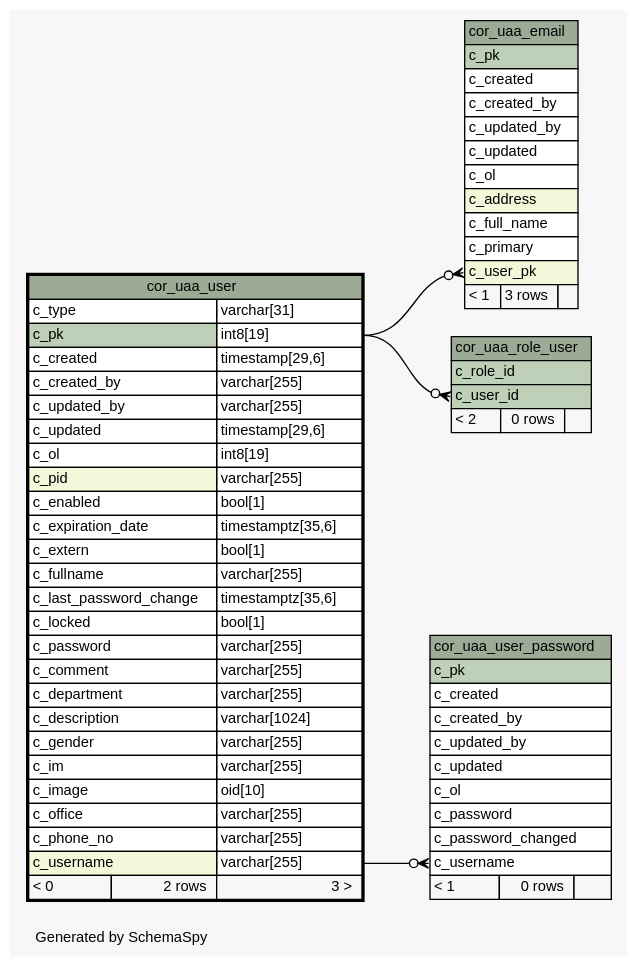
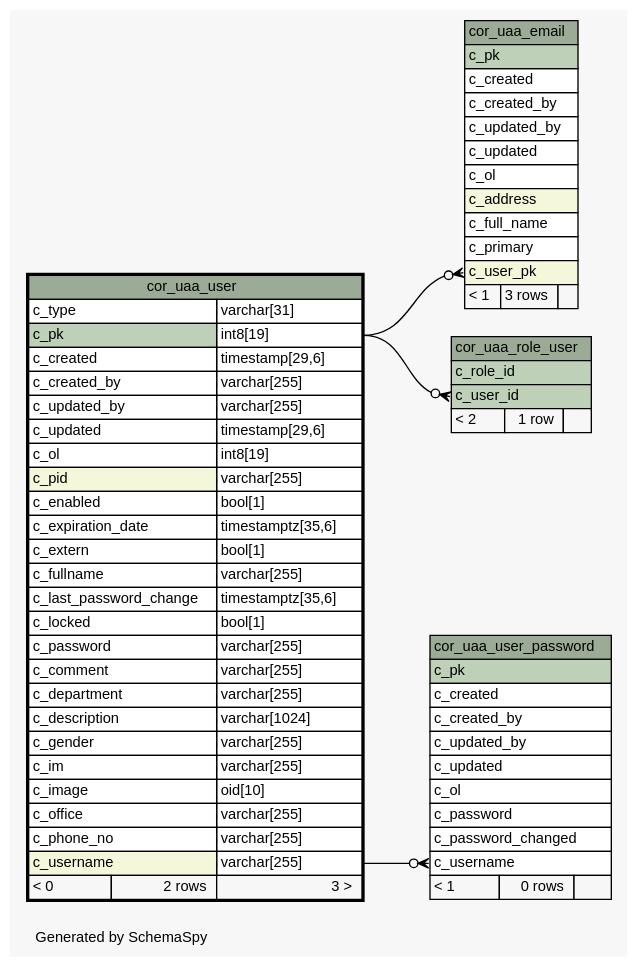
Before and after one commit to openwms/org.openwms.core.uaa.lib: the diagram in 2.0.0-SNAPSHOT/schemaspy/diagrams/cor_uaa_user.1degree.dot, drawn with Graphviz. The commit also changed 238 other files, not shown here.

```diff
--- a/2.0.0-SNAPSHOT/schemaspy/diagrams/cor_uaa_user.1degree.dot
+++ b/2.0.0-SNAPSHOT/schemaspy/diagrams/cor_uaa_user.1degree.dot
@@ -1,106 +1,106 @@
-// dot 2.43.0 on Linux 6.8.0-1014-azure
+// dot 2.43.0 on Linux 6.8.0-1017-azure
 // SchemaSpy rev Unknown
 digraph "oneDegreeRelationshipsDiagram" {
   graph [
     rankdir="RL"
     bgcolor="#f7f7f7"
     label="\nGenerated by SchemaSpy"
     labeljust="l"
     nodesep="0.18"
     ranksep="0.46"
     fontname="Helvetica"
     fontsize="11"
   ];
   node [
     fontname="Helvetica"
     fontsize="11"
     shape="plaintext"
   ];
   edge [
     arrowsize="0.8"
   ];
   "cor_uaa_email":"c_user_pk":w -> "cor_uaa_user":"c_pk.type":e [arrowhead=none dir=back arrowtail=crowodot];
   "cor_uaa_role_user":"c_user_id":w -> "cor_uaa_user":"c_pk.type":e [arrowhead=none dir=back arrowtail=crowodot];
   "cor_uaa_user_password":"c_username":w -> "cor_uaa_user":"c_username.type":e [arrowhead=none dir=back arrowtail=crowodot];
   "cor_uaa_email" [
     label=<
     <TABLE BORDER="0" CELLBORDER="1" CELLSPACING="0" BGCOLOR="#ffffff">
       <TR><TD COLSPAN="3" BGCOLOR="#9bab96" ALIGN="CENTER">cor_uaa_email</TD></TR>
       <TR><TD PORT="c_pk" COLSPAN="3" BGCOLOR="#bed1b8" ALIGN="LEFT">c_pk</TD></TR>
       <TR><TD PORT="c_created" COLSPAN="3" ALIGN="LEFT">c_created</TD></TR>
       <TR><TD PORT="c_created_by" COLSPAN="3" ALIGN="LEFT">c_created_by</TD></TR>
       <TR><TD PORT="c_updated_by" COLSPAN="3" ALIGN="LEFT">c_updated_by</TD></TR>
       <TR><TD PORT="c_updated" COLSPAN="3" ALIGN="LEFT">c_updated</TD></TR>
       <TR><TD PORT="c_ol" COLSPAN="3" ALIGN="LEFT">c_ol</TD></TR>
       <TR><TD PORT="c_address" COLSPAN="3" BGCOLOR="#f4f7da" ALIGN="LEFT">c_address</TD></TR>
       <TR><TD PORT="c_full_name" COLSPAN="3" ALIGN="LEFT">c_full_name</TD></TR>
       <TR><TD PORT="c_primary" COLSPAN="3" ALIGN="LEFT">c_primary</TD></TR>
       <TR><TD PORT="c_user_pk" COLSPAN="3" BGCOLOR="#f4f7da" ALIGN="LEFT">c_user_pk</TD></TR>
       <TR><TD ALIGN="LEFT" BGCOLOR="#f7f7f7">&lt; 1</TD><TD ALIGN="RIGHT" BGCOLOR="#f7f7f7">3 rows</TD><TD ALIGN="RIGHT" BGCOLOR="#f7f7f7">  </TD></TR>
     </TABLE>>
     URL="cor_uaa_email.html"
     tooltip="cor_uaa_email"
   ];
   "cor_uaa_role_user" [
     label=<
     <TABLE BORDER="0" CELLBORDER="1" CELLSPACING="0" BGCOLOR="#ffffff">
       <TR><TD COLSPAN="3" BGCOLOR="#9bab96" ALIGN="CENTER">cor_uaa_role_user</TD></TR>
       <TR><TD PORT="c_role_id" COLSPAN="3" BGCOLOR="#bed1b8" ALIGN="LEFT">c_role_id</TD></TR>
       <TR><TD PORT="c_user_id" COLSPAN="3" BGCOLOR="#bed1b8" ALIGN="LEFT">c_user_id</TD></TR>
-      <TR><TD ALIGN="LEFT" BGCOLOR="#f7f7f7">&lt; 2</TD><TD ALIGN="RIGHT" BGCOLOR="#f7f7f7">0 rows</TD><TD ALIGN="RIGHT" BGCOLOR="#f7f7f7">  </TD></TR>
+      <TR><TD ALIGN="LEFT" BGCOLOR="#f7f7f7">&lt; 2</TD><TD ALIGN="RIGHT" BGCOLOR="#f7f7f7">1 row</TD><TD ALIGN="RIGHT" BGCOLOR="#f7f7f7">  </TD></TR>
     </TABLE>>
     URL="cor_uaa_role_user.html"
     tooltip="cor_uaa_role_user"
   ];
   "cor_uaa_user" [
     label=<
     <TABLE BORDER="2" CELLBORDER="1" CELLSPACING="0" BGCOLOR="#ffffff">
       <TR><TD COLSPAN="3" BGCOLOR="#9bab96" ALIGN="CENTER">cor_uaa_user</TD></TR>
       <TR><TD PORT="c_type" COLSPAN="2" ALIGN="LEFT">c_type</TD><TD PORT="c_type.type" ALIGN="LEFT">varchar[31]</TD></TR>
       <TR><TD PORT="c_pk" COLSPAN="2" BGCOLOR="#bed1b8" ALIGN="LEFT">c_pk</TD><TD PORT="c_pk.type" ALIGN="LEFT">int8[19]</TD></TR>
       <TR><TD PORT="c_created" COLSPAN="2" ALIGN="LEFT">c_created</TD><TD PORT="c_created.type" ALIGN="LEFT">timestamp[29,6]</TD></TR>
       <TR><TD PORT="c_created_by" COLSPAN="2" ALIGN="LEFT">c_created_by</TD><TD PORT="c_created_by.type" ALIGN="LEFT">varchar[255]</TD></TR>
       <TR><TD PORT="c_updated_by" COLSPAN="2" ALIGN="LEFT">c_updated_by</TD><TD PORT="c_updated_by.type" ALIGN="LEFT">varchar[255]</TD></TR>
       <TR><TD PORT="c_updated" COLSPAN="2" ALIGN="LEFT">c_updated</TD><TD PORT="c_updated.type" ALIGN="LEFT">timestamp[29,6]</TD></TR>
       <TR><TD PORT="c_ol" COLSPAN="2" ALIGN="LEFT">c_ol</TD><TD PORT="c_ol.type" ALIGN="LEFT">int8[19]</TD></TR>
       <TR><TD PORT="c_pid" COLSPAN="2" BGCOLOR="#f4f7da" ALIGN="LEFT">c_pid</TD><TD PORT="c_pid.type" ALIGN="LEFT">varchar[255]</TD></TR>
       <TR><TD PORT="c_enabled" COLSPAN="2" ALIGN="LEFT">c_enabled</TD><TD PORT="c_enabled.type" ALIGN="LEFT">bool[1]</TD></TR>
       <TR><TD PORT="c_expiration_date" COLSPAN="2" ALIGN="LEFT">c_expiration_date</TD><TD PORT="c_expiration_date.type" ALIGN="LEFT">timestamptz[35,6]</TD></TR>
       <TR><TD PORT="c_extern" COLSPAN="2" ALIGN="LEFT">c_extern</TD><TD PORT="c_extern.type" ALIGN="LEFT">bool[1]</TD></TR>
       <TR><TD PORT="c_fullname" COLSPAN="2" ALIGN="LEFT">c_fullname</TD><TD PORT="c_fullname.type" ALIGN="LEFT">varchar[255]</TD></TR>
       <TR><TD PORT="c_last_password_change" COLSPAN="2" ALIGN="LEFT">c_last_password_change</TD><TD PORT="c_last_password_change.type" ALIGN="LEFT">timestamptz[35,6]</TD></TR>
       <TR><TD PORT="c_locked" COLSPAN="2" ALIGN="LEFT">c_locked</TD><TD PORT="c_locked.type" ALIGN="LEFT">bool[1]</TD></TR>
       <TR><TD PORT="c_password" COLSPAN="2" ALIGN="LEFT">c_password</TD><TD PORT="c_password.type" ALIGN="LEFT">varchar[255]</TD></TR>
       <TR><TD PORT="c_comment" COLSPAN="2" ALIGN="LEFT">c_comment</TD><TD PORT="c_comment.type" ALIGN="LEFT">varchar[255]</TD></TR>
       <TR><TD PORT="c_department" COLSPAN="2" ALIGN="LEFT">c_department</TD><TD PORT="c_department.type" ALIGN="LEFT">varchar[255]</TD></TR>
       <TR><TD PORT="c_description" COLSPAN="2" ALIGN="LEFT">c_description</TD><TD PORT="c_description.type" ALIGN="LEFT">varchar[1024]</TD></TR>
       <TR><TD PORT="c_gender" COLSPAN="2" ALIGN="LEFT">c_gender</TD><TD PORT="c_gender.type" ALIGN="LEFT">varchar[255]</TD></TR>
       <TR><TD PORT="c_im" COLSPAN="2" ALIGN="LEFT">c_im</TD><TD PORT="c_im.type" ALIGN="LEFT">varchar[255]</TD></TR>
       <TR><TD PORT="c_image" COLSPAN="2" ALIGN="LEFT">c_image</TD><TD PORT="c_image.type" ALIGN="LEFT">oid[10]</TD></TR>
       <TR><TD PORT="c_office" COLSPAN="2" ALIGN="LEFT">c_office</TD><TD PORT="c_office.type" ALIGN="LEFT">varchar[255]</TD></TR>
       <TR><TD PORT="c_phone_no" COLSPAN="2" ALIGN="LEFT">c_phone_no</TD><TD PORT="c_phone_no.type" ALIGN="LEFT">varchar[255]</TD></TR>
       <TR><TD PORT="c_username" COLSPAN="2" BGCOLOR="#f4f7da" ALIGN="LEFT">c_username</TD><TD PORT="c_username.type" ALIGN="LEFT">varchar[255]</TD></TR>
       <TR><TD ALIGN="LEFT" BGCOLOR="#f7f7f7">&lt; 0</TD><TD ALIGN="RIGHT" BGCOLOR="#f7f7f7">2 rows</TD><TD ALIGN="RIGHT" BGCOLOR="#f7f7f7">3 &gt;</TD></TR>
     </TABLE>>
     URL="cor_uaa_user.html"
     tooltip="cor_uaa_user"
   ];
   "cor_uaa_user_password" [
     label=<
     <TABLE BORDER="0" CELLBORDER="1" CELLSPACING="0" BGCOLOR="#ffffff">
       <TR><TD COLSPAN="3" BGCOLOR="#9bab96" ALIGN="CENTER">cor_uaa_user_password</TD></TR>
       <TR><TD PORT="c_pk" COLSPAN="3" BGCOLOR="#bed1b8" ALIGN="LEFT">c_pk</TD></TR>
       <TR><TD PORT="c_created" COLSPAN="3" ALIGN="LEFT">c_created</TD></TR>
       <TR><TD PORT="c_created_by" COLSPAN="3" ALIGN="LEFT">c_created_by</TD></TR>
       <TR><TD PORT="c_updated_by" COLSPAN="3" ALIGN="LEFT">c_updated_by</TD></TR>
       <TR><TD PORT="c_updated" COLSPAN="3" ALIGN="LEFT">c_updated</TD></TR>
       <TR><TD PORT="c_ol" COLSPAN="3" ALIGN="LEFT">c_ol</TD></TR>
       <TR><TD PORT="c_password" COLSPAN="3" ALIGN="LEFT">c_password</TD></TR>
       <TR><TD PORT="c_password_changed" COLSPAN="3" ALIGN="LEFT">c_password_changed</TD></TR>
       <TR><TD PORT="c_username" COLSPAN="3" ALIGN="LEFT">c_username</TD></TR>
       <TR><TD ALIGN="LEFT" BGCOLOR="#f7f7f7">&lt; 1</TD><TD ALIGN="RIGHT" BGCOLOR="#f7f7f7">0 rows</TD><TD ALIGN="RIGHT" BGCOLOR="#f7f7f7">  </TD></TR>
     </TABLE>>
     URL="cor_uaa_user_password.html"
     tooltip="cor_uaa_user_password"
   ];
 }
```
